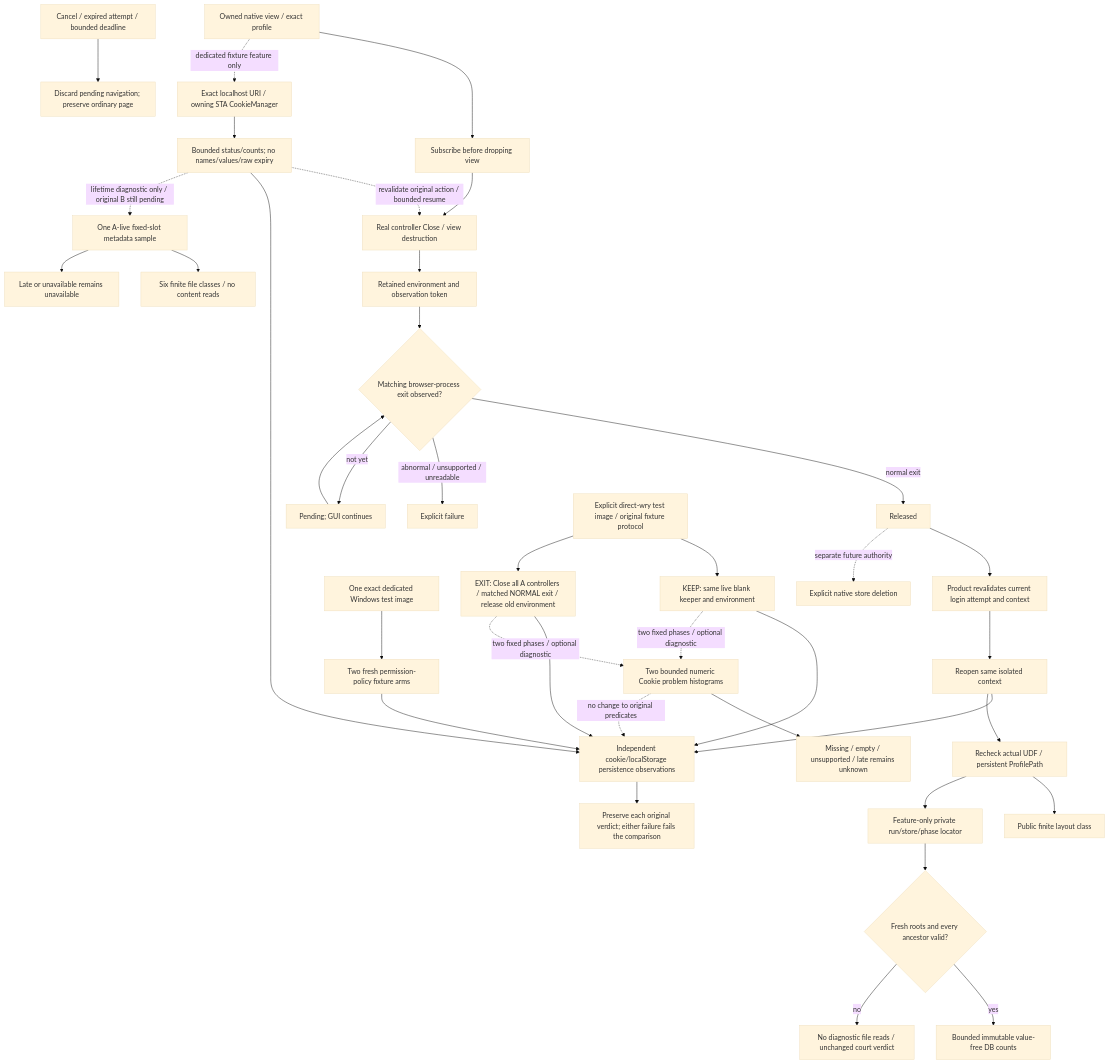
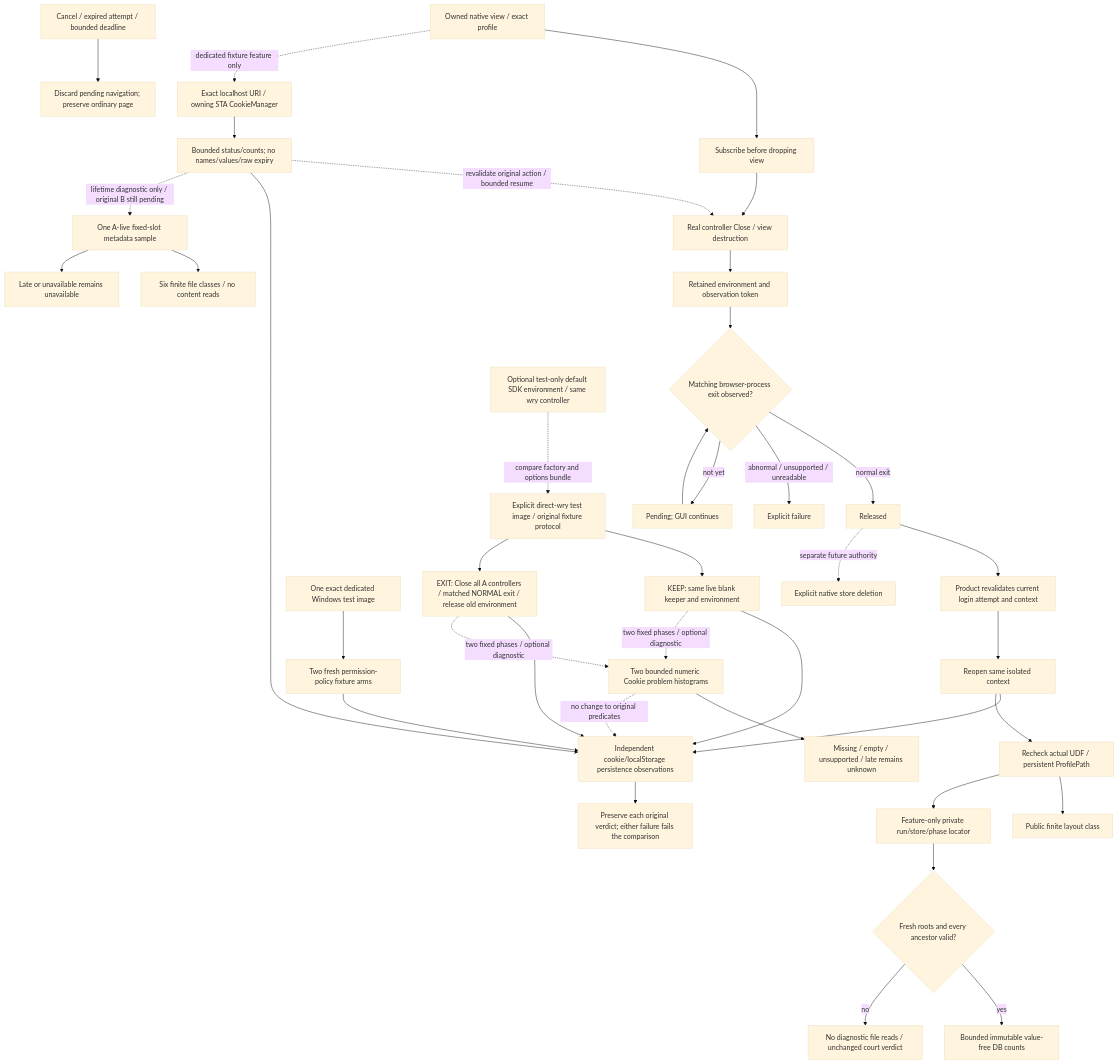
One commit to partnernetsoftware/minicon changed the diagram in prd/PRD_02_28_01_browser_context_lifecycle.md. Above: the diagram before and after it, drawn with Mermaid (base theme). The commit also changed other lines of this file and 1 other file, not shown here.

Commit message:
Record SDK-default Cookie reproduction and actual DeepSeek metadata journey

````diff
--- a/prd/PRD_02_28_01_browser_context_lifecycle.md
+++ b/prd/PRD_02_28_01_browser_context_lifecycle.md
@@ -78,38 +83,39 @@
 ```mermaid
 flowchart TD
     V[Owned native view / exact profile] --> SUB[Subscribe before dropping view]
     SUB --> CLOSE[Real controller Close / view destruction]
     CLOSE --> P[Retained environment and observation token]
     P --> EVENT{Matching browser-process exit observed?}
     EVENT -->|normal exit| READY[Released]
     EVENT -->|abnormal / unsupported / unreadable| FAIL[Explicit failure]
     EVENT -->|not yet| WAIT[Pending; GUI continues]
     WAIT --> EVENT
     READY --> R[Product revalidates current login attempt and context]
     R --> OPEN[Reopen same isolated context]
     OPEN --> STORE[Independent cookie/localStorage persistence observations]
     OPEN --> SDK[Recheck actual UDF / persistent ProfilePath]
     SDK --> FINITE[Public finite layout class]
     SDK --> PRIVATE[Feature-only private run/store/phase locator]
     V -. dedicated fixture feature only .-> QUERY[Exact localhost URI / owning STA CookieManager]
     QUERY --> META[Bounded status/counts; no names/values/raw expiry]
     META -. revalidate original action / bounded resume .-> CLOSE
     META --> STORE
     META -. lifetime diagnostic only / original B still pending .-> PF[One A-live fixed-slot metadata sample]
     PF --> CLASS[Six finite file classes / no content reads]
     PF --> PU[Late or unavailable remains unavailable]
     IMAGE[One exact dedicated Windows test image] --> ACL[Two fresh permission-policy fixture arms]
     ACL --> STORE
     LIFE[Explicit direct-wry test image / original fixture protocol] --> K[KEEP: same live blank keeper and environment]
     LIFE --> X[EXIT: Close all A controllers / matched NORMAL exit / release old environment]
+    FACTORY[Optional test-only default SDK environment / same wry controller] -. compare factory and options bundle .-> LIFE
     K & X --> STORE
     K & X -. two fixed phases / optional diagnostic .-> HIST[Two bounded numeric Cookie problem histograms]
     HIST --> UNKNOWN[Missing / empty / unsupported / late remains unknown]
     HIST -. no change to original predicates .-> STORE
     STORE --> BOTH[Preserve each original verdict; either failure fails the comparison]
     PRIVATE --> ROOTS{Fresh roots and every ancestor valid?}
     ROOTS -->|yes| DB[Bounded immutable value-free DB counts]
     ROOTS -->|no| UNAVAILABLE[No diagnostic file reads / unchanged court verdict]
     CANCEL[Cancel / expired attempt / bounded deadline] --> DISCARD[Discard pending navigation; preserve ordinary page]
     READY -. separate future authority .-> DELETE[Explicit native store deletion]
 ```
````
